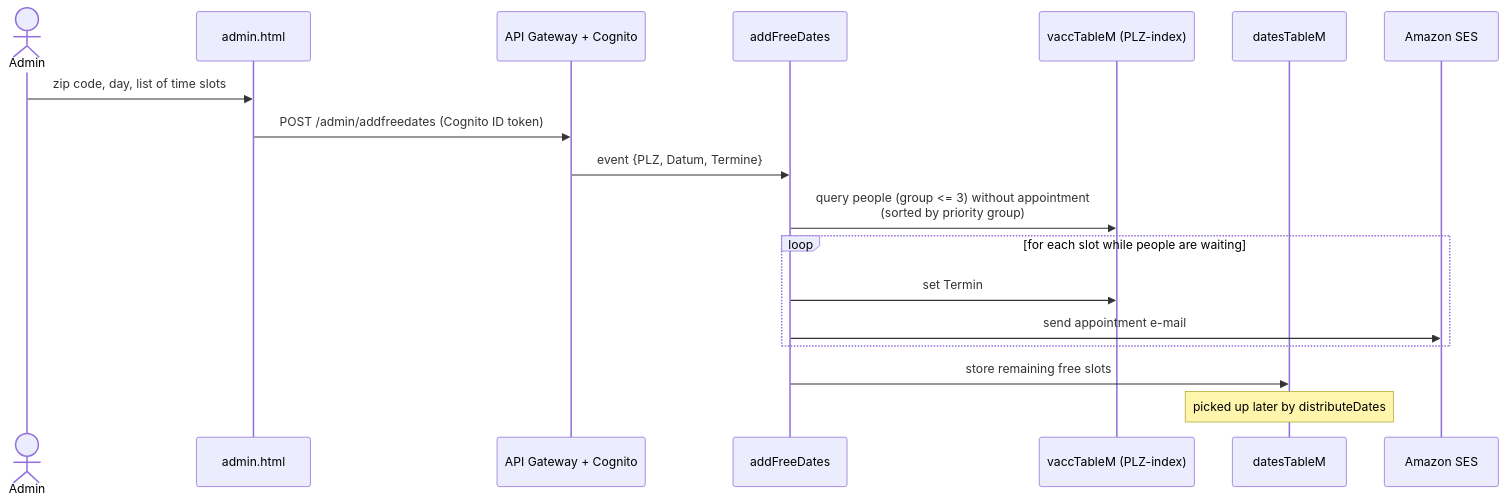
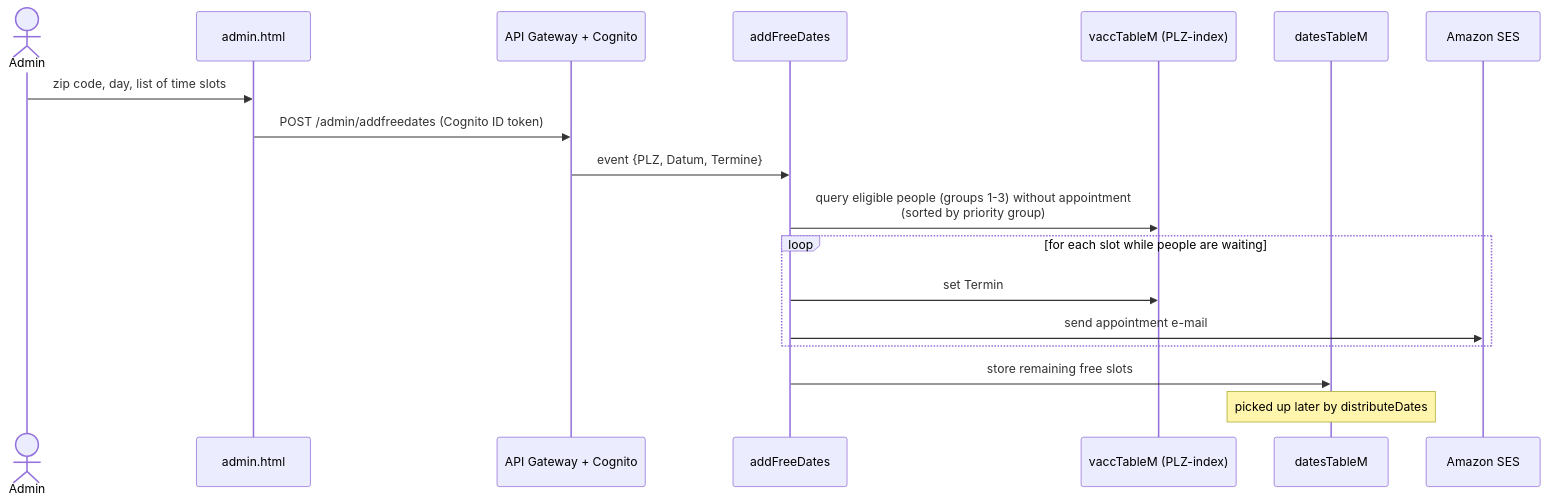
Before and after one commit to TelmanPrivateProjects/VaccinationPrio: the third of 3 diagrams in README.md, drawn with Mermaid. The commit also changed other lines of this file and 14 other files, not shown here.

````diff
--- a/README.md
+++ b/README.md
@@ -155,21 +156,21 @@
 ```mermaid
 sequenceDiagram
     actor Admin
     participant FE as admin.html
     participant GW as API Gateway + Cognito
     participant AF as addFreeDates
     participant VT as vaccTableM (PLZ-index)
     participant DT as datesTableM
     participant SES as Amazon SES
 
     Admin->>FE: zip code, day, list of time slots
     FE->>GW: POST /admin/addfreedates (Cognito ID token)
     GW->>AF: event {PLZ, Datum, Termine}
-    AF->>VT: query people (group <= 3) without appointment<br/>(sorted by priority group)
+    AF->>VT: query eligible people (groups 1-3) without appointment<br/>(sorted by priority group)
     loop for each slot while people are waiting
         AF->>VT: set Termin
         AF->>SES: send appointment e-mail
     end
     AF->>DT: store remaining free slots
     Note over DT: picked up later by distributeDates
 ```
````
